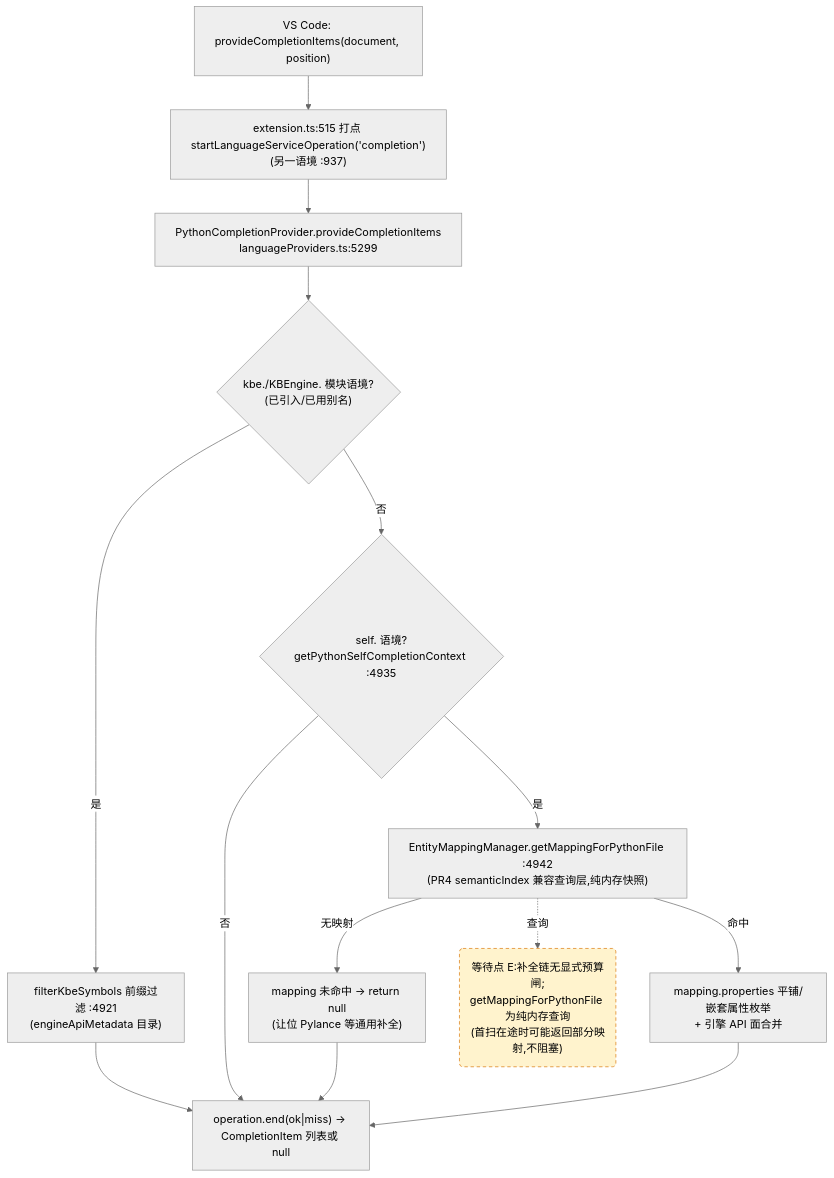
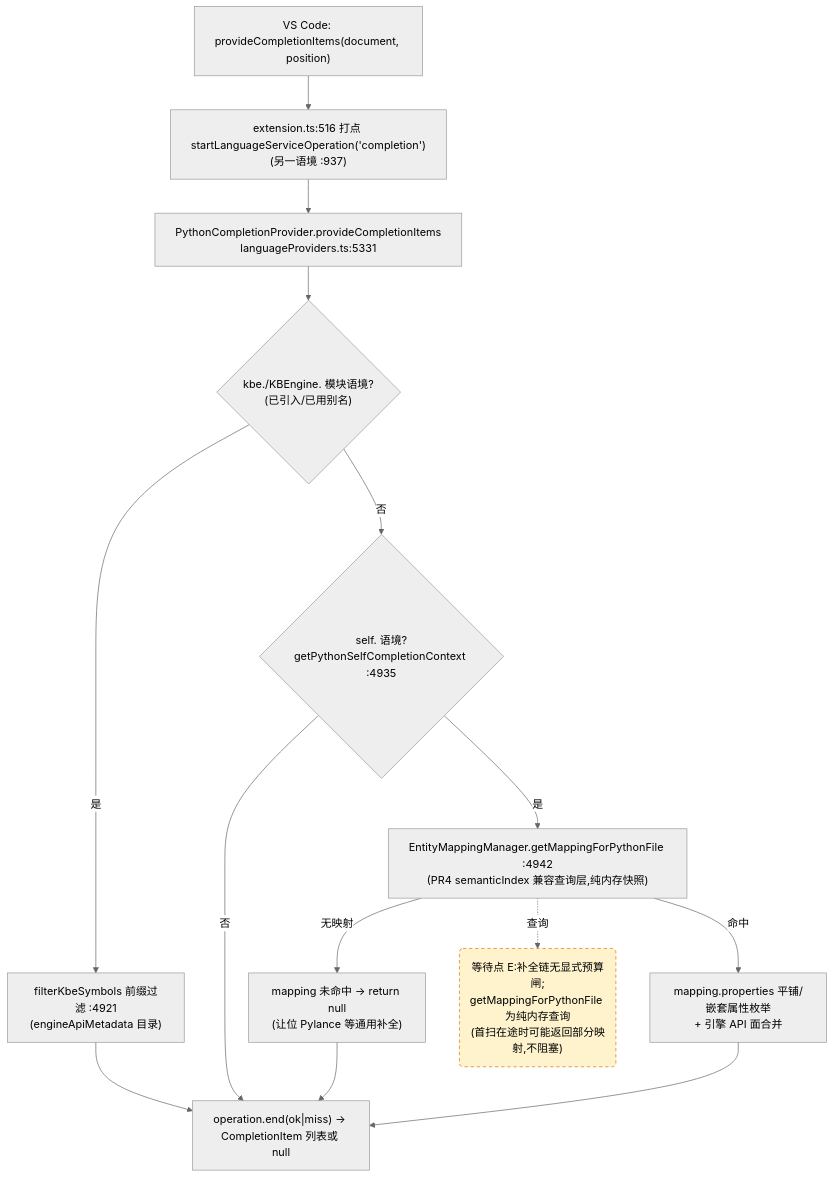
One commit to cuihairu/kode changed the third of 4 diagrams in docs/perf/2026-baseline.md. Above: the diagram before and after it, drawn with Mermaid (neutral theme). The commit also changed other lines of this file and 10 other files, not shown here.

````diff
--- a/docs/perf/2026-baseline.md
+++ b/docs/perf/2026-baseline.md
@@ -184,27 +184,27 @@
 ```mermaid
 flowchart TD
   VC3["VS Code: provideCompletionItems(document, position)"]
-  M3["extension.ts:515 打点 startLanguageServiceOperation('completion')<br/>(另一语境 :937)"]
-  CP["PythonCompletionProvider.provideCompletionItems<br/>languageProviders.ts:5299"]
+  M3["extension.ts:516 打点 startLanguageServiceOperation('completion')<br/>(另一语境 :937)"]
+  CP["PythonCompletionProvider.provideCompletionItems<br/>languageProviders.ts:5331"]
   KBEC{"kbe./KBEngine. 模块语境?<br/>(已引入/已用别名)"}
   FILTER["filterKbeSymbols 前缀过滤 :4921<br/>(engineApiMetadata 目录)"]
   SELFC{"self. 语境?<br/>getPythonSelfCompletionContext :4935"}
   MAP["EntityMappingManager.getMappingForPythonFile :4942<br/>(PR4 semanticIndex 兼容查询层,纯内存快照)"]
   NOMAP["mapping 未命中 → return null<br/>(让位 Pylance 等通用补全)"]
   PROPS["mapping.properties 平铺/嵌套属性枚举<br/>+ 引擎 API 面合并"]
   END3["operation.end(ok|miss) → CompletionItem 列表或 null"]
 
   VC3 --> M3 --> CP --> KBEC
   KBEC -- "是" --> FILTER --> END3
   KBEC -- "否" --> SELFC
   SELFC -- "否" --> END3
   SELFC -- "是" --> MAP
   MAP -- "无映射" --> NOMAP --> END3
   MAP -- "命中" --> PROPS --> END3
 
   WAITE("等待点 E:补全链无显式预算闸;<br/>getMappingForPythonFile 为纯内存查询<br/>(首扫在途时可能返回部分映射,不阻塞)")
   MAP -.->|查询| WAITE
 
   classDef waitPoint fill:#fff3cd,stroke:#d97706,stroke-dasharray:5 4;
   class WAITE waitPoint;
 ```
````
